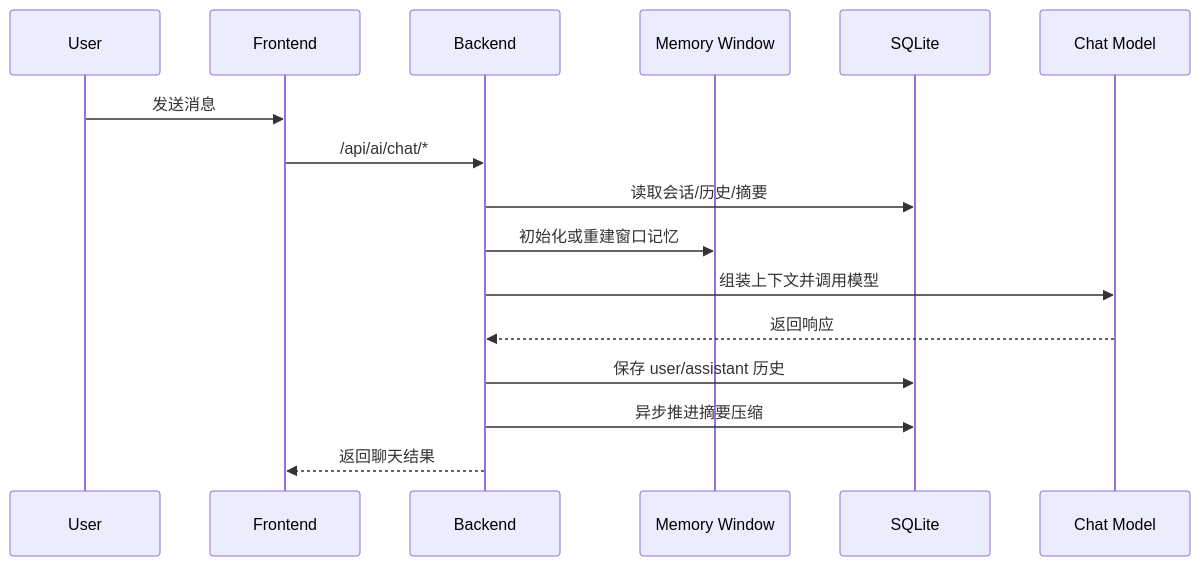
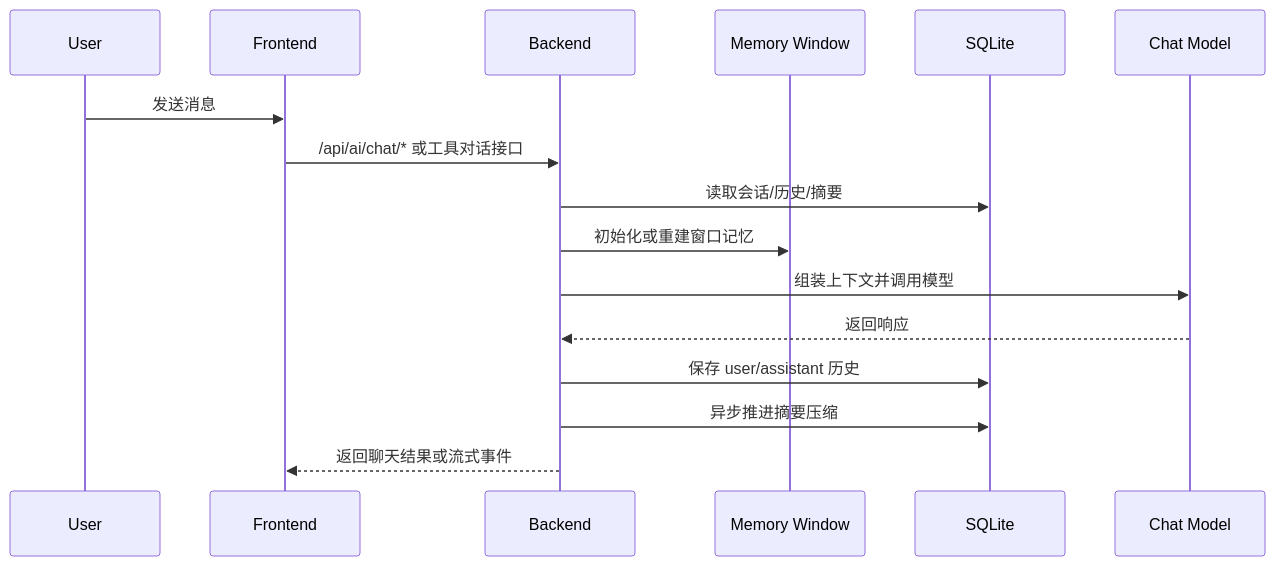
The second of 2 diagrams in README.md (Halcyonsong/Desktop-Fairy), drawn with Mermaid before and after one commit. The commit also changed other lines of this file and 65 other files, not shown here.

````diff
--- a/README.md
+++ b/README.md
@@ -80,19 +76,19 @@
 ```mermaid
 sequenceDiagram
     participant U as User
     participant FE as Frontend
     participant BE as Backend
     participant MEM as Memory Window
     participant DB as SQLite
     participant MODEL as Chat Model
 
     U->>FE: 发送消息
-    FE->>BE: /api/ai/chat/*
+    FE->>BE: /api/ai/chat/* 或工具对话接口
     BE->>DB: 读取会话/历史/摘要
     BE->>MEM: 初始化或重建窗口记忆
     BE->>MODEL: 组装上下文并调用模型
     MODEL-->>BE: 返回响应
     BE->>DB: 保存 user/assistant 历史
     BE->>DB: 异步推进摘要压缩
-    BE-->>FE: 返回聊天结果
+    BE-->>FE: 返回聊天结果或流式事件
 ```
````
